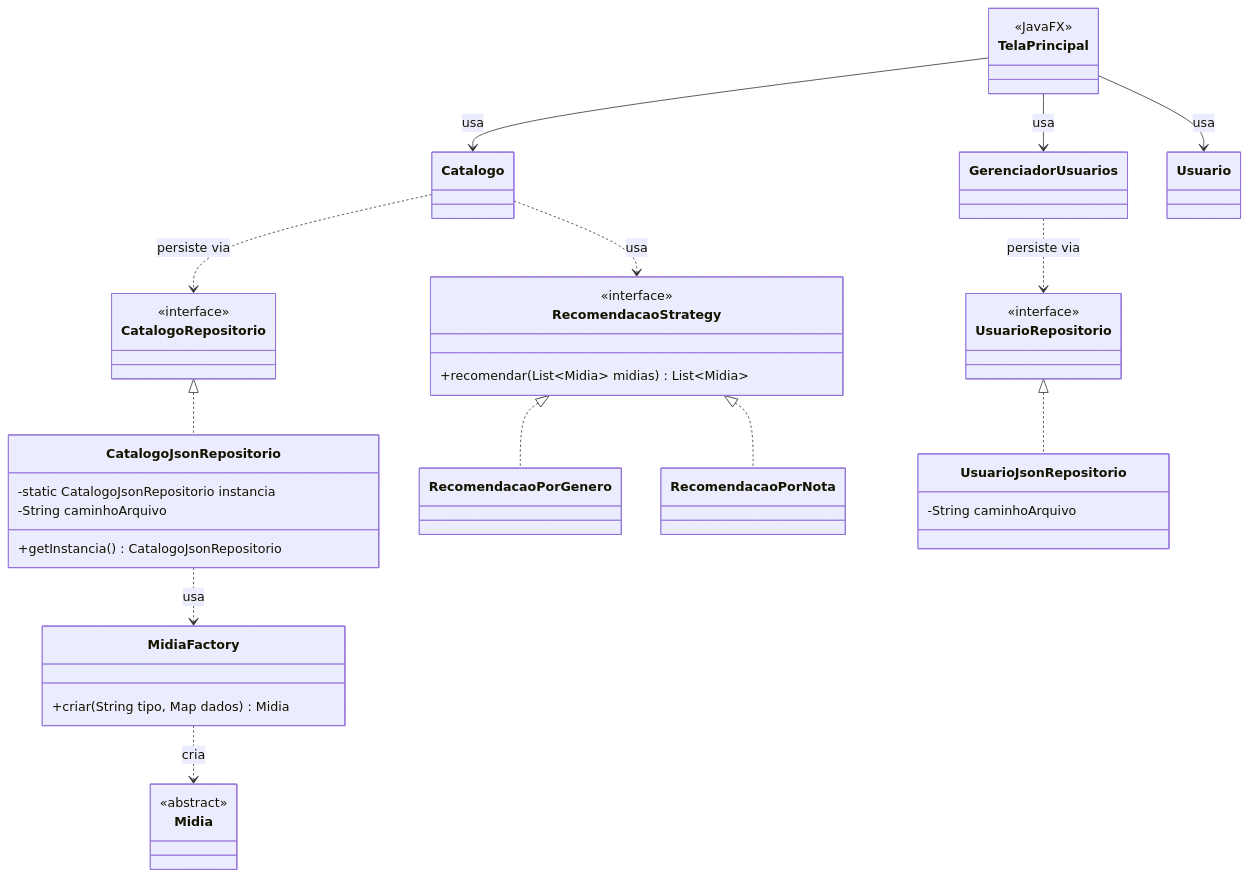
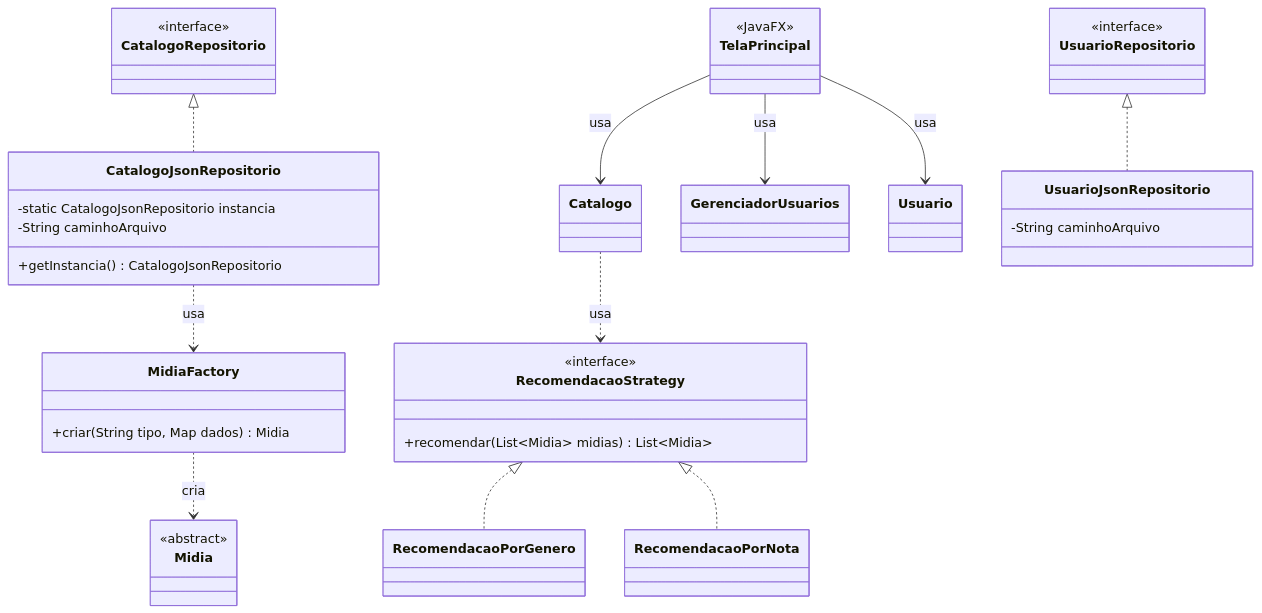
Before and after one commit to jope7/imdflix: the second of 2 diagrams in docs/diagrama-classes.md, drawn with Mermaid. The commit also changed other lines of this file and 12 other files, not shown here.

````diff
--- a/docs/diagrama-classes.md
+++ b/docs/diagrama-classes.md
@@ -134,56 +148,54 @@
 ```mermaid
 classDiagram
     direction TB
 
     class Midia {
         <<abstract>>
     }
     class Usuario
     class Catalogo
     class GerenciadorUsuarios
 
     class CatalogoRepositorio {
         <<interface>>
     }
     class UsuarioRepositorio {
         <<interface>>
     }
 
     class CatalogoJsonRepositorio {
         -static CatalogoJsonRepositorio instancia
         -String caminhoArquivo
         +getInstancia() CatalogoJsonRepositorio
     }
 
     class UsuarioJsonRepositorio {
         -String caminhoArquivo
     }
 
     class MidiaFactory {
         +criar(String tipo, Map dados) Midia
     }
 
     class RecomendacaoStrategy {
         <<interface>>
         +recomendar(List~Midia~ midias) List~Midia~
     }
     class RecomendacaoPorGenero
     class RecomendacaoPorNota
 
     class TelaPrincipal {
         <<JavaFX>>
     }
 
     CatalogoRepositorio <|.. CatalogoJsonRepositorio
     UsuarioRepositorio <|.. UsuarioJsonRepositorio
     CatalogoJsonRepositorio ..> MidiaFactory : usa
     MidiaFactory ..> Midia : cria
-    Catalogo ..> CatalogoRepositorio : persiste via
-    GerenciadorUsuarios ..> UsuarioRepositorio : persiste via
     Catalogo ..> RecomendacaoStrategy : usa
     RecomendacaoStrategy <|.. RecomendacaoPorGenero
     RecomendacaoStrategy <|.. RecomendacaoPorNota
     TelaPrincipal --> Catalogo : usa
     TelaPrincipal --> GerenciadorUsuarios : usa
     TelaPrincipal --> Usuario : usa
 ```
````
